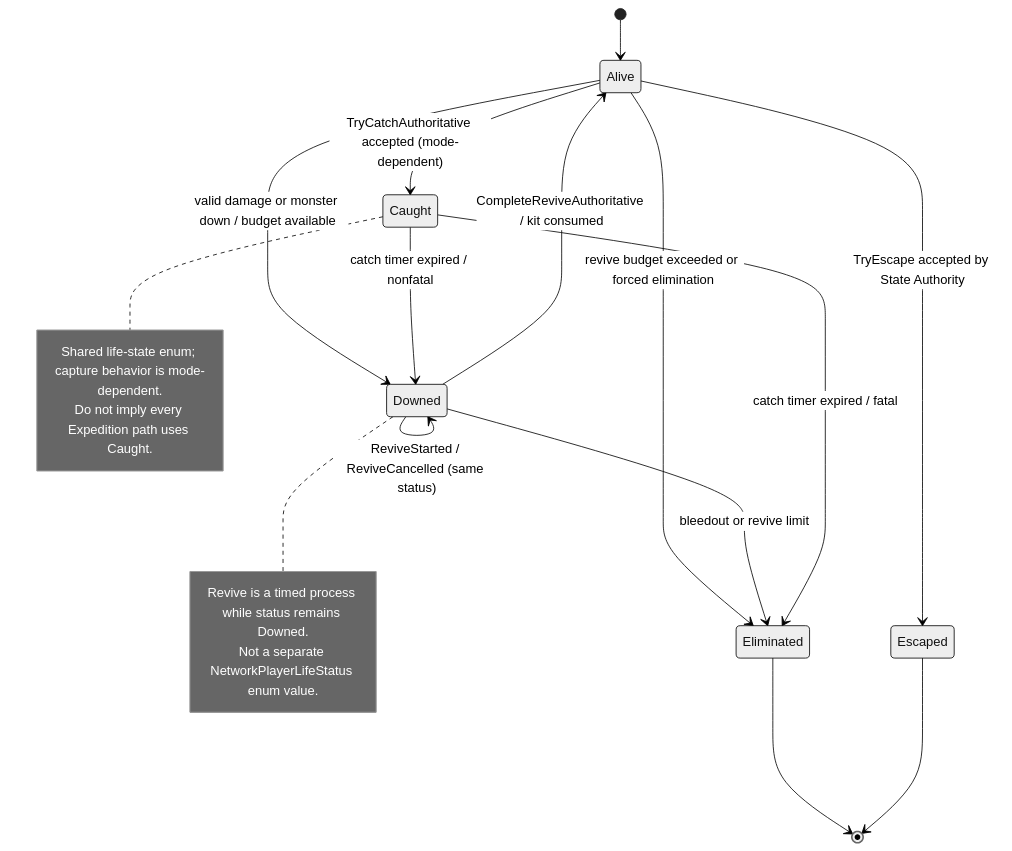
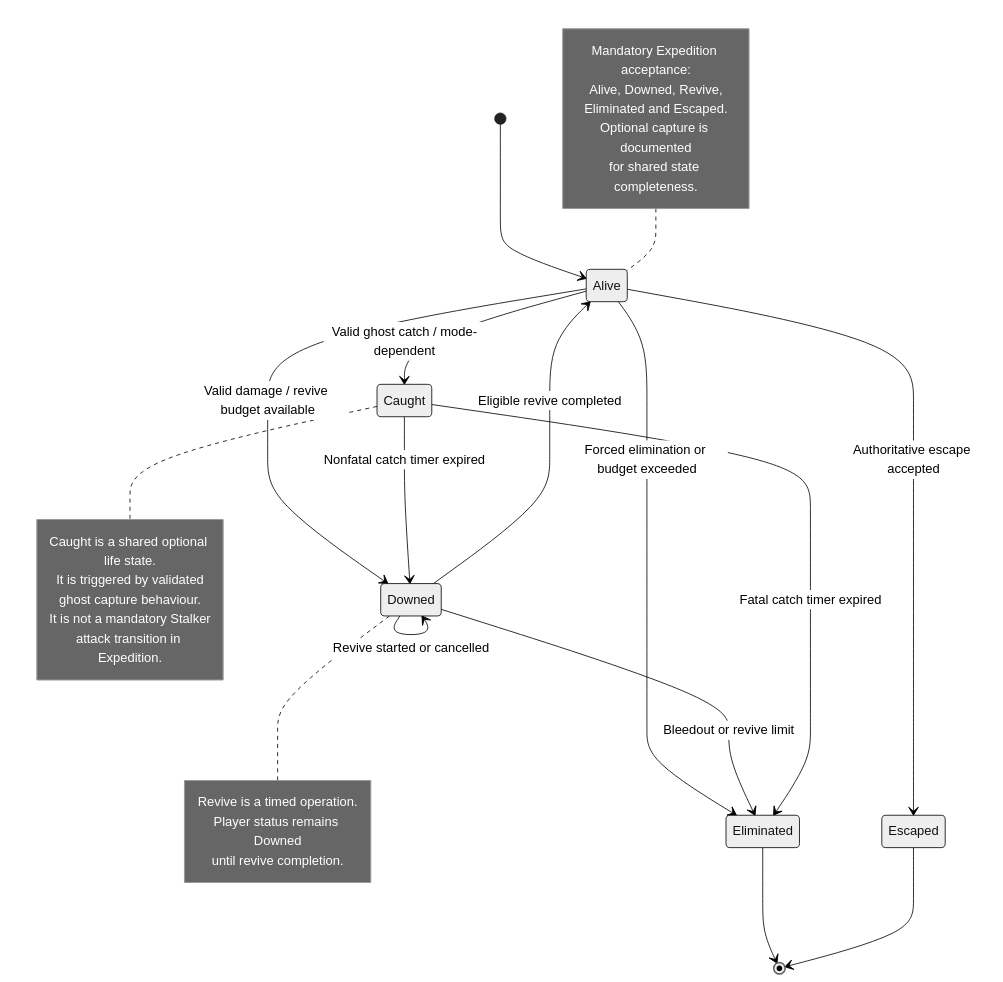
The diagram in docs/review-2/diagrams/SDD/Figure_11_Player_Life_State_Machine.mmd (lamthanhphuc/ECHO-PROTOCOL), drawn with Mermaid (neutral theme) before and after one commit. The commit also changed 18 other files, not shown here.

Commit message:
docs(review-2): update version SRS, SDD, BM02,evidence, diagram and use AI-based assessments to edit documents

```diff
--- a/docs/review-2/diagrams/SDD/Figure_11_Player_Life_State_Machine.mmd
+++ b/docs/review-2/diagrams/SDD/Figure_11_Player_Life_State_Machine.mmd
@@ -1,26 +1,40 @@
+
 stateDiagram-v2
     [*] --> Alive
 
-    Alive --> Downed : valid damage or monster down / budget available
-    Alive --> Eliminated : revive budget exceeded or forced elimination
-    Alive --> Escaped : TryEscape accepted by State Authority
-    Alive --> Caught : TryCatchAuthoritative accepted (mode-dependent)
+    Alive --> Downed : Valid damage / revive budget available
+    Alive --> Eliminated : Forced elimination or budget exceeded
+    Alive --> Escaped : Authoritative escape accepted
 
-    Downed --> Downed : ReviveStarted / ReviveCancelled (same status)
-    Downed --> Alive : CompleteReviveAuthoritative / kit consumed
-    Downed --> Eliminated : bleedout or revive limit
+    Downed --> Downed : Revive started or cancelled
+    Downed --> Alive : Eligible revive completed
+    Downed --> Eliminated : Bleedout or revive limit
 
-    Caught --> Downed : catch timer expired / nonfatal
-    Caught --> Eliminated : catch timer expired / fatal
+    Alive --> Caught : Valid ghost catch / mode-dependent
+    Caught --> Downed : Nonfatal catch timer expired
+    Caught --> Eliminated : Fatal catch timer expired
 
     Eliminated --> [*]
     Escaped --> [*]
 
     note right of Downed
-        Revive is a timed process while status remains Downed.
-        Not a separate NetworkPlayerLifeStatus enum value.
+        Revive is a timed operation.
+        Player status remains Downed
+        until revive completion.
     end note
+
     note right of Caught
-        Shared life-state enum; capture behavior is mode-dependent.
-        Do not imply every Expedition path uses Caught.
+        Caught is a shared optional life state.
+        It is triggered by validated
+        ghost capture behaviour.
+        It is not a mandatory Stalker
+        attack transition in Expedition.
     end note
+
+    note left of Alive
+        Mandatory Expedition acceptance:
+        Alive, Downed, Revive,
+        Eliminated and Escaped.
+        Optional capture is documented
+        for shared state completeness.
+    end note
```
